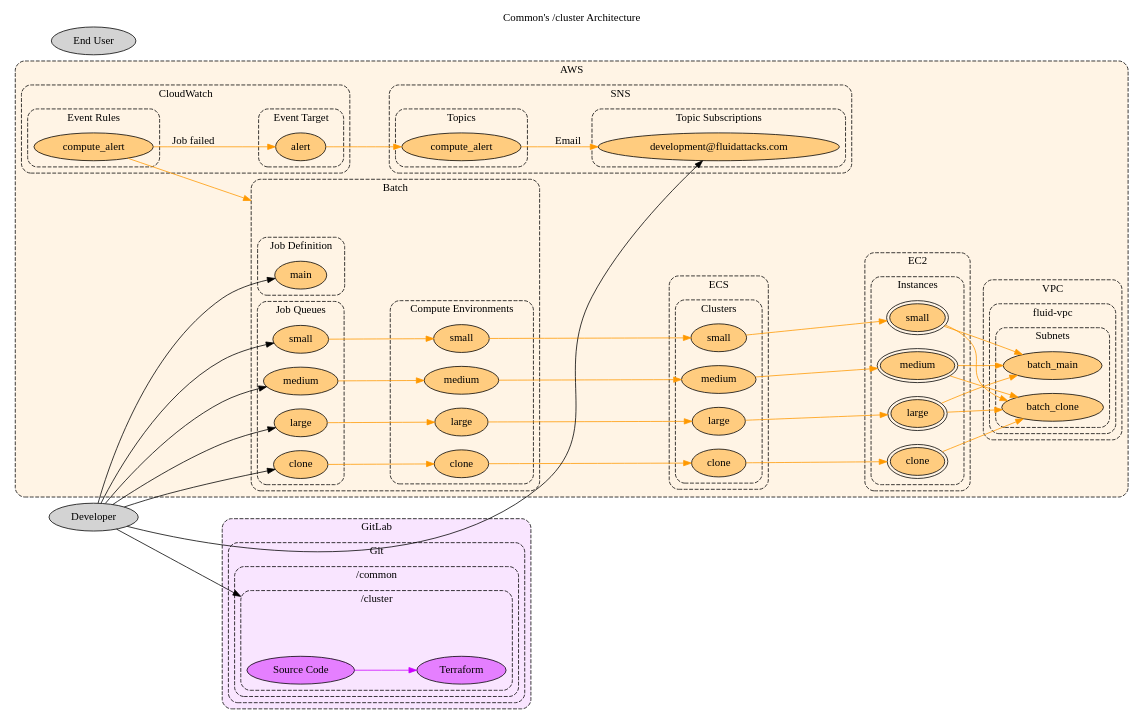
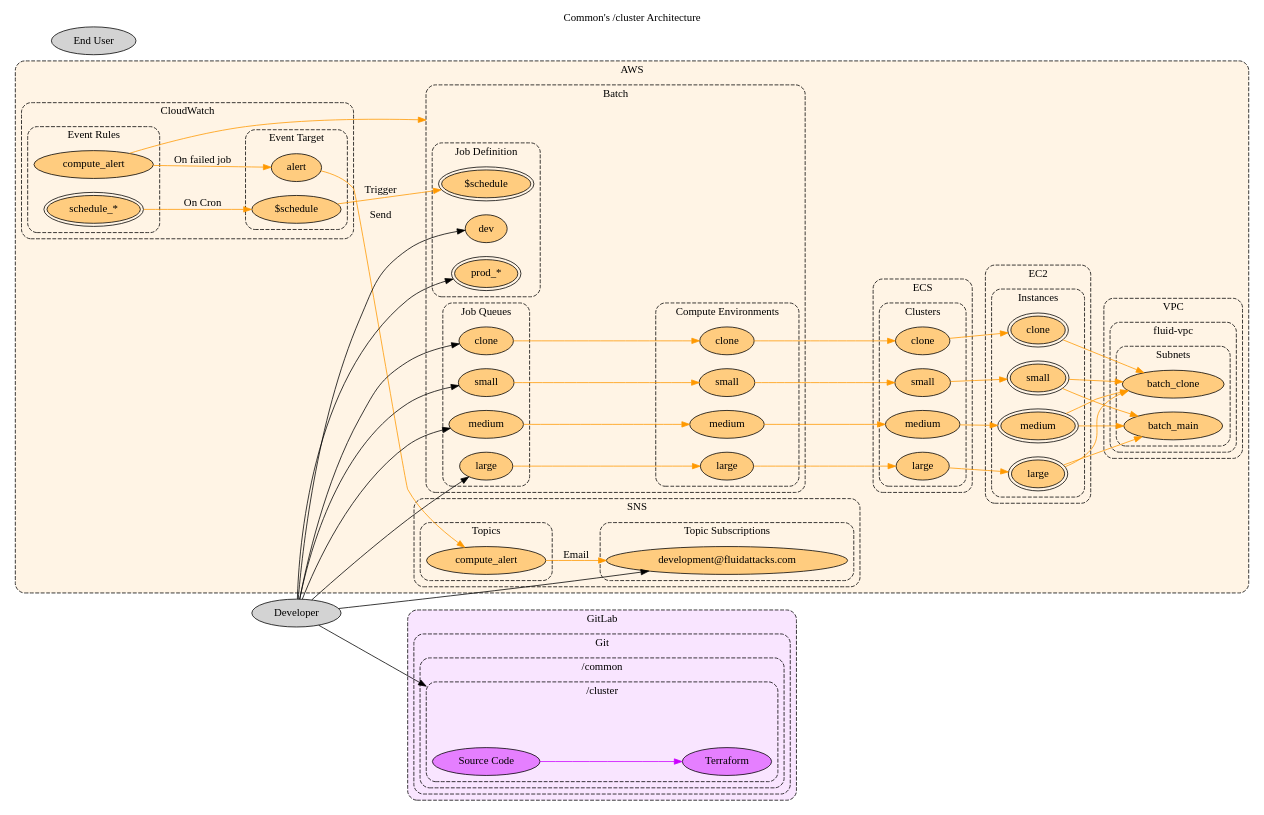
One commit to jeanbaptistemora/fluidattacks-universe2 changed the diagram in docs/src/docs/development/products/common-compute-arch.dot. Above: the diagram before and after it, drawn with Graphviz.

Commit message:
docs\feat(doc): #7581.30 schedules arch
- Document schedules architecture

```diff
--- a/docs/src/docs/development/products/common-compute-arch.dot
+++ b/docs/src/docs/development/products/common-compute-arch.dot
@@ -34,7 +34,9 @@
       subgraph cluster_aws_batch_job_definition {
         label="Job Definition"
 
-        aws_batch_job_definition_main[label="main"]
+        aws_batch_job_definition_dev[label="dev"]
+        aws_batch_job_definition_schedules[label="$schedule" peripheries="2"]
+        aws_batch_job_definition_prod[label="prod_*" peripheries="2"]
       }
 
       subgraph cluster_aws_batch_job_queues {
@@ -54,12 +56,14 @@
         label="Event Rules"
 
         aws_cloudwatch_event_rules_compute_alert[label="compute_alert"]
+        aws_cloudwatch_event_rules_schedule[label="schedule_*" peripheries="2"]
       }
 
       subgraph cluster_aws_cloudwatch_event_target {
         label="Event Target"
 
         aws_cloudwatch_event_target_alert[label="alert"]
+        aws_cloudwatch_event_target_schedule[label="$schedule"]
       }
     }
 
@@ -158,9 +162,11 @@
   aws_batch_job_queues_clone -> aws_batch_compute_envs_clone[]
   aws_batch_compute_envs_large -> aws_ecs_clusters_large[]
   aws_batch_compute_envs_clone -> aws_ecs_clusters_clone[]
-  aws_cloudwatch_event_rules_compute_alert -> aws_cloudwatch_event_target_alert[label="Job failed"]
+  aws_cloudwatch_event_rules_compute_alert -> aws_cloudwatch_event_target_alert[label="On failed job"]
   aws_cloudwatch_event_rules_compute_alert -> cluster_aws_batch[lhead="cluster_aws_batch"]
-  aws_cloudwatch_event_target_alert -> aws_sns_topics_compute_alert[]
+  aws_cloudwatch_event_rules_schedule -> aws_cloudwatch_event_target_schedule[label="On Cron"]
+  aws_cloudwatch_event_target_alert -> aws_sns_topics_compute_alert[label="Send"]
+  aws_cloudwatch_event_target_schedule -> aws_batch_job_definition_schedules[label="Trigger"]
   aws_ec2_instances_clone -> cluster_aws_vpc_fluid_vpc_subnets_batch_clone[]
   aws_ec2_instances_small -> cluster_aws_vpc_fluid_vpc_subnets_batch_main[]
   aws_ec2_instances_small -> cluster_aws_vpc_fluid_vpc_subnets_batch_clone[]
@@ -184,7 +190,8 @@
   developer[label="Developer"]
 
   edge[color="/x11/black"]
-  developer -> aws_batch_job_definition_main[]
+  developer -> aws_batch_job_definition_dev[]
+  developer -> aws_batch_job_definition_prod[]
   developer -> aws_sns_topic_subscription_compute_alert[]
   developer -> aws_batch_job_queues_clone[]
   developer -> aws_batch_job_queues_small[]
```
